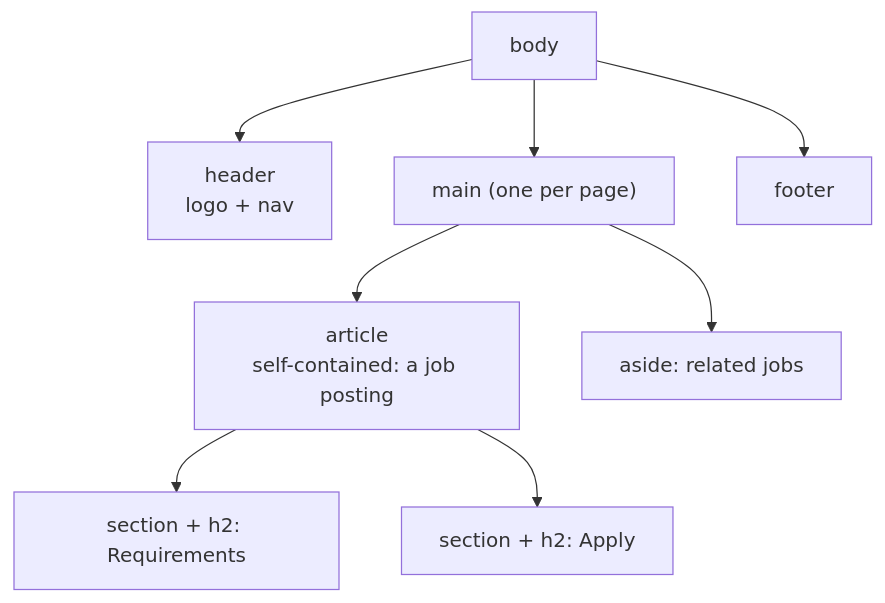
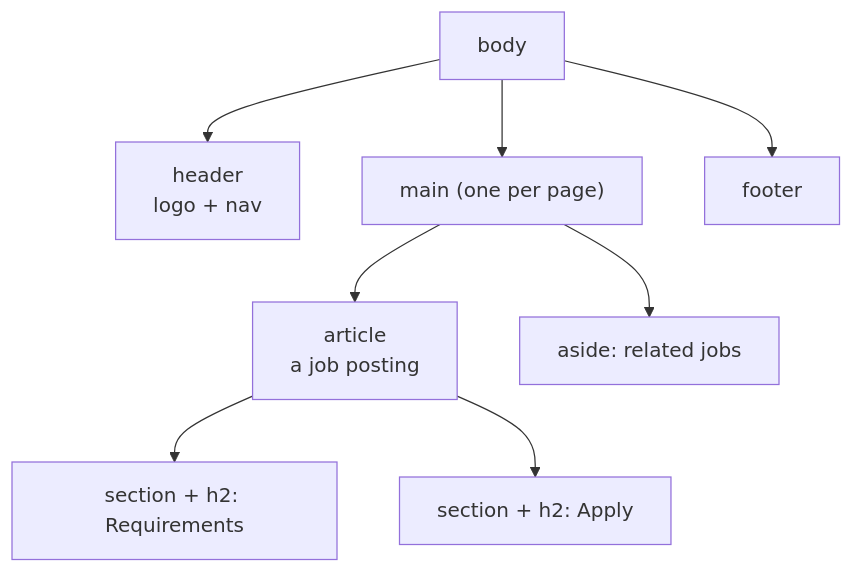
The diagram in content/modules/m4/w1/01-html-structure-and-semantics.md (MuhammadIsmailHasan/fsse-ai-handbook), drawn with Mermaid before and after one commit. The commit also changed other lines of this file and 5 other files, not shown here.

````diff
--- a/content/modules/m4/w1/01-html-structure-and-semantics.md
+++ b/content/modules/m4/w1/01-html-structure-and-semantics.md
@@ -69,10 +88,10 @@
 ```mermaid
 flowchart TB
     B[body] --> H["header<br/>logo + nav"]
     B --> M["main (one per page)"]
     B --> F[footer]
-    M --> A["article<br/>self-contained: a job posting"]
+    M --> A["article<br/>a job posting"]
     A --> S1["section + h2: Requirements"]
     A --> S2["section + h2: Apply"]
     M --> AS["aside: related jobs"]
 ```
````
